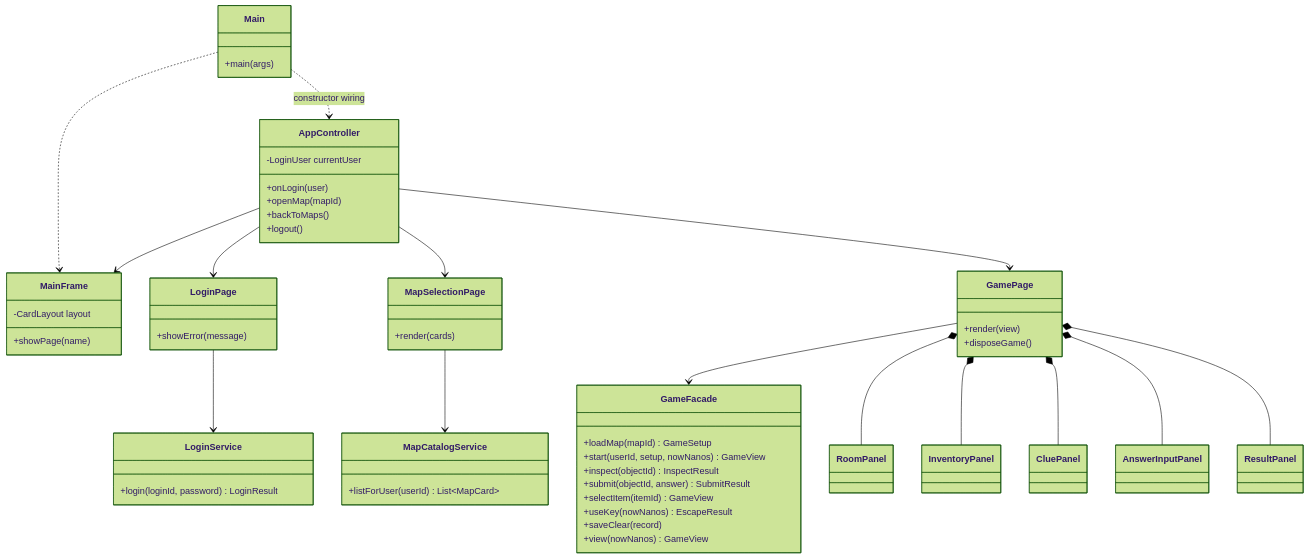
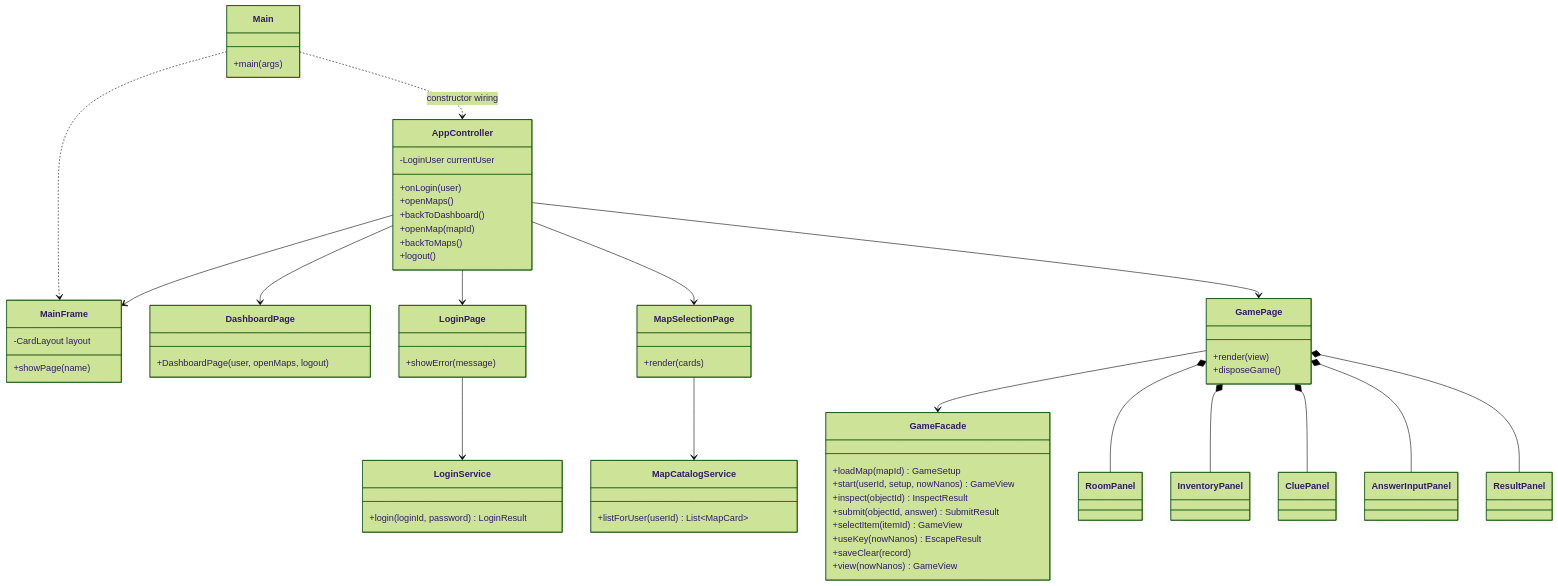
One commit to hhannn001/JavaOOP_repository changed the diagram in Document/diagrams/01_overview.mmd. Above: the diagram before and after it, drawn with Mermaid (forest theme). The commit also changed 14 other files, not shown here.

```diff
--- a/Document/diagrams/01_overview.mmd
+++ b/Document/diagrams/01_overview.mmd
@@ -1,61 +1,67 @@
 classDiagram
     class Main {
         +main(args)
     }
     class MainFrame {
         -CardLayout layout
         +showPage(name)
     }
     class AppController {
         -LoginUser currentUser
         +onLogin(user)
+        +openMaps()
+        +backToDashboard()
         +openMap(mapId)
         +backToMaps()
         +logout()
+    }
+    class DashboardPage {
+        +DashboardPage(user, openMaps, logout)
     }
     class LoginPage {
         +showError(message)
     }
     class LoginService {
         +login(loginId, password) LoginResult
     }
     class MapSelectionPage {
         +render(cards)
     }
     class MapCatalogService {
         +listForUser(userId) List~MapCard~
     }
     class GamePage {
         +render(view)
         +disposeGame()
     }
     class GameFacade {
         +loadMap(mapId) GameSetup
         +start(userId, setup, nowNanos) GameView
         +inspect(objectId) InspectResult
         +submit(objectId, answer) SubmitResult
         +selectItem(itemId) GameView
         +useKey(nowNanos) EscapeResult
         +saveClear(record)
         +view(nowNanos) GameView
     }
     class RoomPanel
     class InventoryPanel
     class CluePanel
     class AnswerInputPanel
     class ResultPanel
 
     Main ..> AppController : constructor wiring
     Main ..> MainFrame
     AppController --> MainFrame
     AppController --> LoginPage
+    AppController --> DashboardPage
     AppController --> MapSelectionPage
     AppController --> GamePage
     LoginPage --> LoginService
     MapSelectionPage --> MapCatalogService
     GamePage --> GameFacade
     GamePage *-- RoomPanel
     GamePage *-- InventoryPanel
     GamePage *-- CluePanel
     GamePage *-- AnswerInputPanel
     GamePage *-- ResultPanel
```
